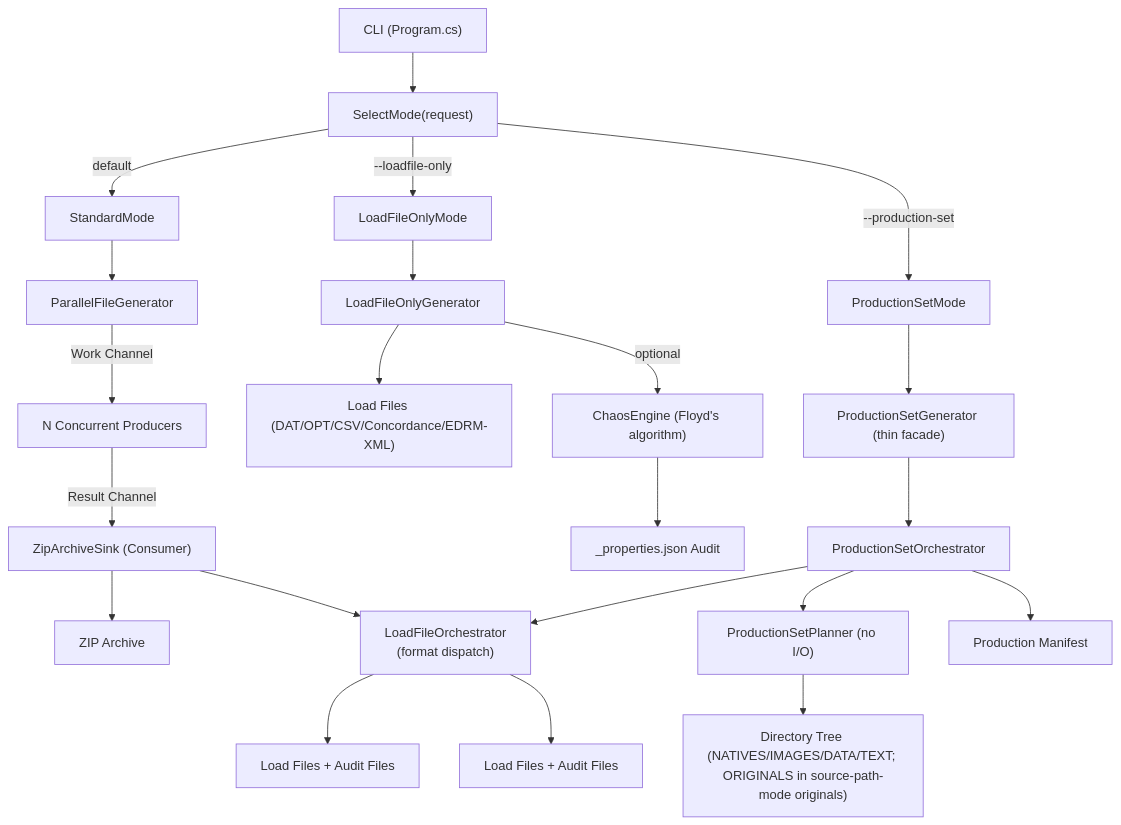
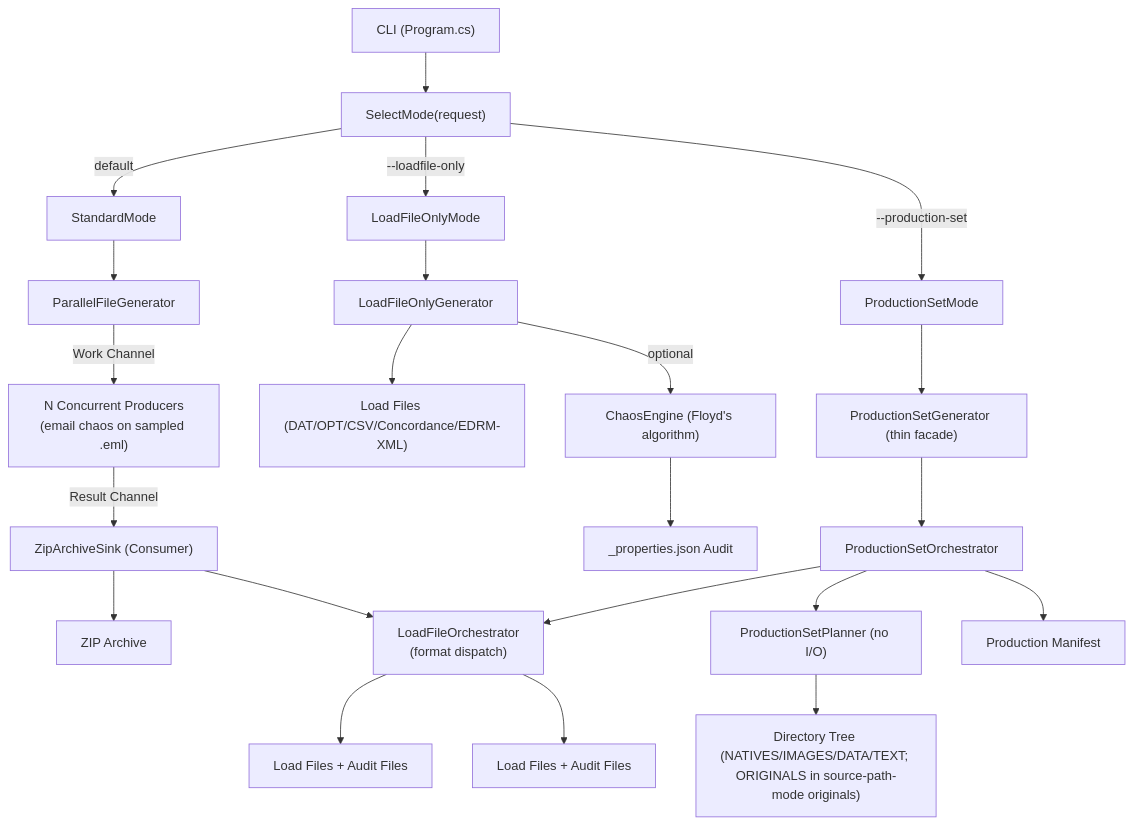
Before and after one commit to dwojtaszek/zipper: the first of 3 diagrams in docs/architecture.md, drawn with Mermaid. The commit also changed other lines of this file and 34 other files, not shown here.

First line of the commit message:
Chaos Engine: email/MIME anomaly types via a new EmailAnomalyApplier (#1393)

````diff
--- a/docs/architecture.md
+++ b/docs/architecture.md
@@ -46,28 +46,28 @@
 ```mermaid
 graph TD
     CLI["CLI (Program.cs)"]
     CLI --> SelectMode["SelectMode(request)"]
     SelectMode -->|"default"| StandardMode["StandardMode"]
     SelectMode -->|"--loadfile-only"| LoadFileOnlyMode["LoadFileOnlyMode"]
     SelectMode -->|"--production-set"| ProductionSetMode["ProductionSetMode"]
 
     StandardMode --> PFG["ParallelFileGenerator"]
-    PFG -->|"Work Channel"| Producers["N Concurrent Producers"]
+    PFG -->|"Work Channel"| Producers["N Concurrent Producers<br/>(email chaos on sampled .eml)"]
     Producers -->|"Result Channel"| ZAS["ZipArchiveSink (Consumer)"]
     ZAS --> ZIP["ZIP Archive"]
     ZAS --> LFO["LoadFileOrchestrator<br/>(format dispatch)"]
     LFO --> LF1["Load Files + Audit Files"]
 
     LoadFileOnlyMode --> LOG["LoadFileOnlyGenerator"]
     LOG --> LF2["Load Files (DAT/OPT/CSV/Concordance/EDRM-XML)"]
     LOG -->|"optional"| Chaos["ChaosEngine (Floyd's algorithm)"]
     Chaos --> Audit["_properties.json Audit"]
 
     ProductionSetMode --> PSG["ProductionSetGenerator (thin facade)"]
     PSG --> PSO["ProductionSetOrchestrator"]
     PSO --> PSP["ProductionSetPlanner (no I/O)"]
     PSP --> Tree["Directory Tree (NATIVES/IMAGES/DATA/TEXT; ORIGINALS in source-path-mode originals)"]
     PSO --> LFO
     LFO --> LF3["Load Files + Audit Files"]
     PSO --> Manifest["Production Manifest"]
 ```
````
